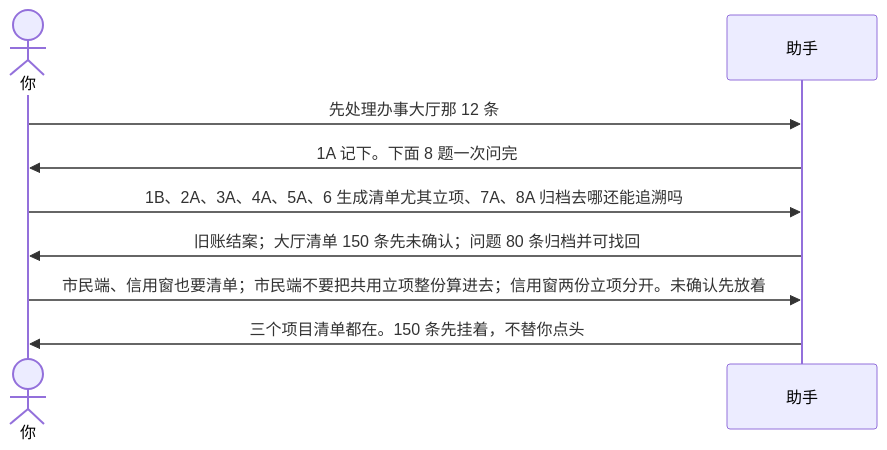
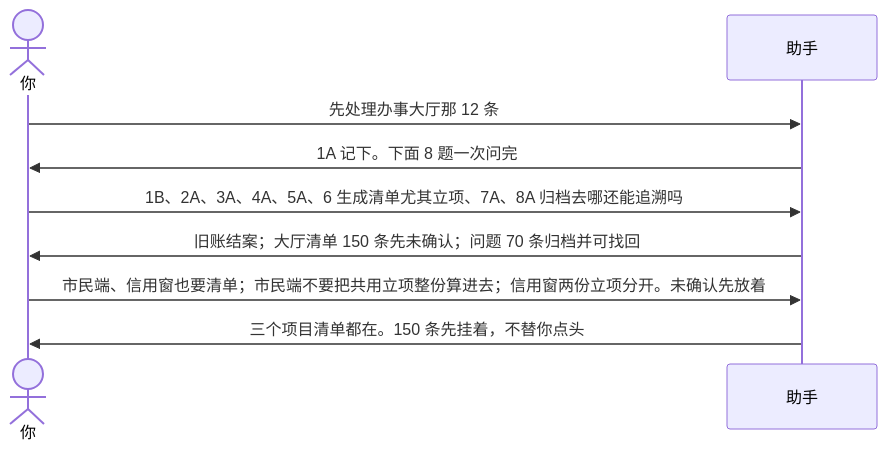
Before and after one commit to qiusuo0226/chrono-pm-skill: the second of 9 diagrams in examples/02-处理待确认事项.md, drawn with Mermaid. The commit also changed other lines of this file and 16 other files, not shown here.

````diff
--- a/examples/02-处理待确认事项.md
+++ b/examples/02-处理待确认事项.md
@@ -32,12 +32,12 @@
 ```mermaid
 sequenceDiagram
     actor You as 你
     participant AI as 助手
 
     You->>AI: 先处理办事大厅那 12 条
     AI->>You: 1A 记下。下面 8 题一次问完
     You->>AI: 1B、2A、3A、4A、5A、6 生成清单尤其立项、7A、8A 归档去哪还能追溯吗
-    AI->>You: 旧账结案；大厅清单 150 条先未确认；问题 80 条归档并可找回
+    AI->>You: 旧账结案；大厅清单 150 条先未确认；问题 70 条归档并可找回
     You->>AI: 市民端、信用窗也要清单；市民端不要把共用立项整份算进去；信用窗两份立项分开。未确认先放着
     AI->>You: 三个项目清单都在。150 条先挂着，不替你点头
 ```
````
